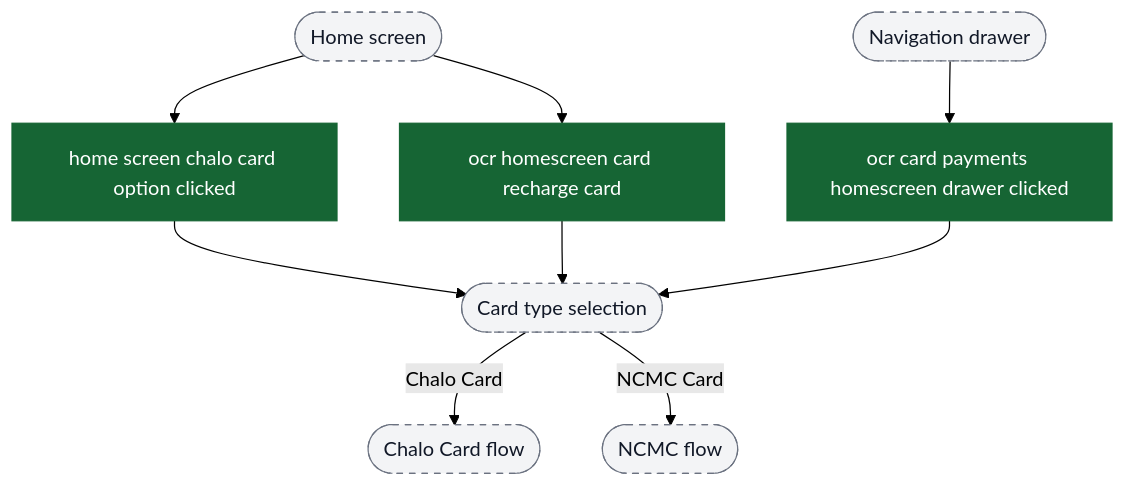
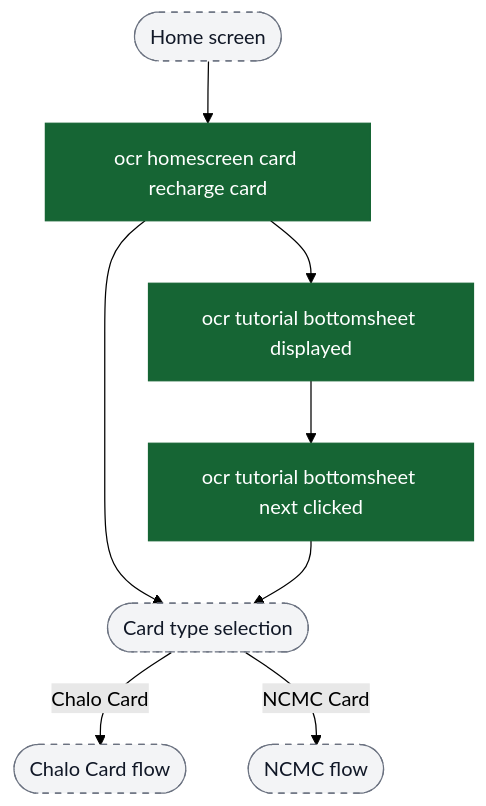
The second of 12 diagrams in content/analytics/card/flow-diagrams.md (ratulsarna/chalo-app-dashboard), drawn with Mermaid (forest theme) before and after one commit. The commit also changed other lines of this file and 2 other files, not shown here.

````diff
--- a/content/analytics/card/flow-diagrams.md
+++ b/content/analytics/card/flow-diagrams.md
@@ -32,19 +32,18 @@
 ```mermaid
 flowchart TD
-  ui_home([Home screen]) --> ev_homeCardOption["home screen chalo card option clicked"]
-  ui_drawer([Navigation drawer]) --> ev_drawerRecharge["ocr card payments homescreen drawer clicked"]
-  ui_home --> ev_homeRechargeCard["ocr homescreen card recharge card"]
+  ui_home([Home screen]) --> ev_homeRechargeCard["ocr homescreen card recharge card"]
+  ev_homeRechargeCard --> ev_tutorialShown["ocr tutorial bottomsheet displayed"]
+  ev_tutorialShown --> ev_tutorialNext["ocr tutorial bottomsheet next clicked"]
 
-  ev_homeCardOption --> ui_branch([Card type selection])
-  ev_drawerRecharge --> ui_branch
-  ev_homeRechargeCard --> ui_branch
+  ev_homeRechargeCard --> ui_branch([Card type selection])
+  ev_tutorialNext --> ui_branch
 
   ui_branch -->|Chalo Card| ui_chaloCardBranch([Chalo Card flow])
   ui_branch -->|NCMC Card| ui_ncmcBranch([NCMC flow])
 
   classDef event fill:#166534,stroke:#166534,color:#ffffff;
   classDef ui fill:#f3f4f6,stroke:#6b7280,stroke-dasharray: 5 5,color:#111827;
 
-  class ev_homeCardOption,ev_drawerRecharge,ev_homeRechargeCard event;
-  class ui_home,ui_drawer,ui_branch,ui_chaloCardBranch,ui_ncmcBranch ui;
+  class ev_homeRechargeCard,ev_tutorialShown,ev_tutorialNext event;
+  class ui_home,ui_branch,ui_chaloCardBranch,ui_ncmcBranch ui;
 ```
````
